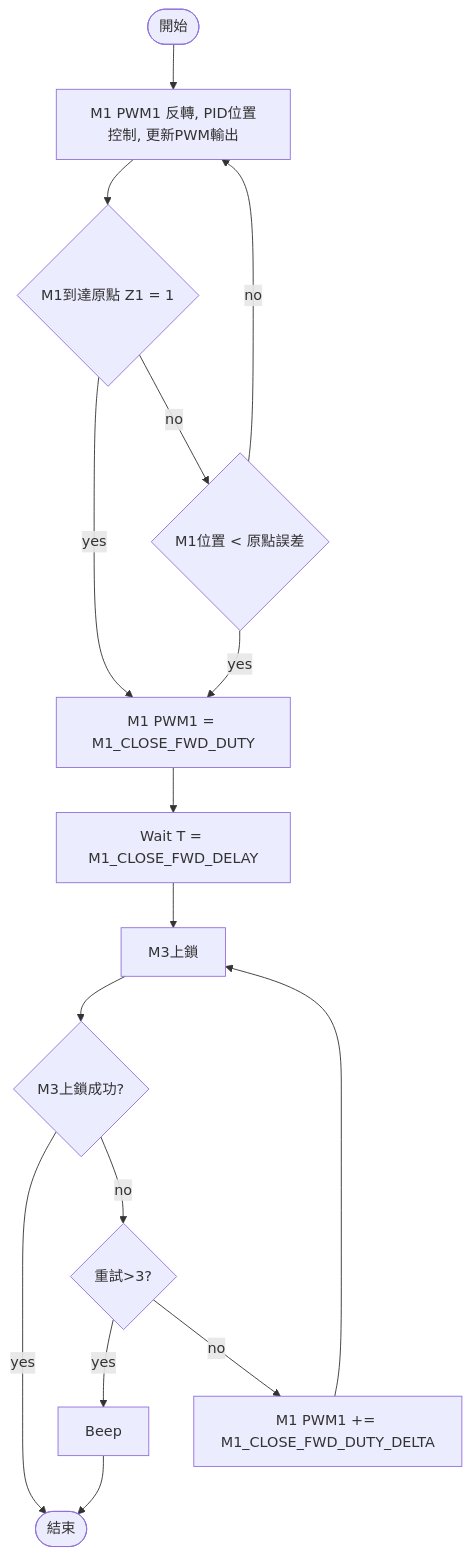
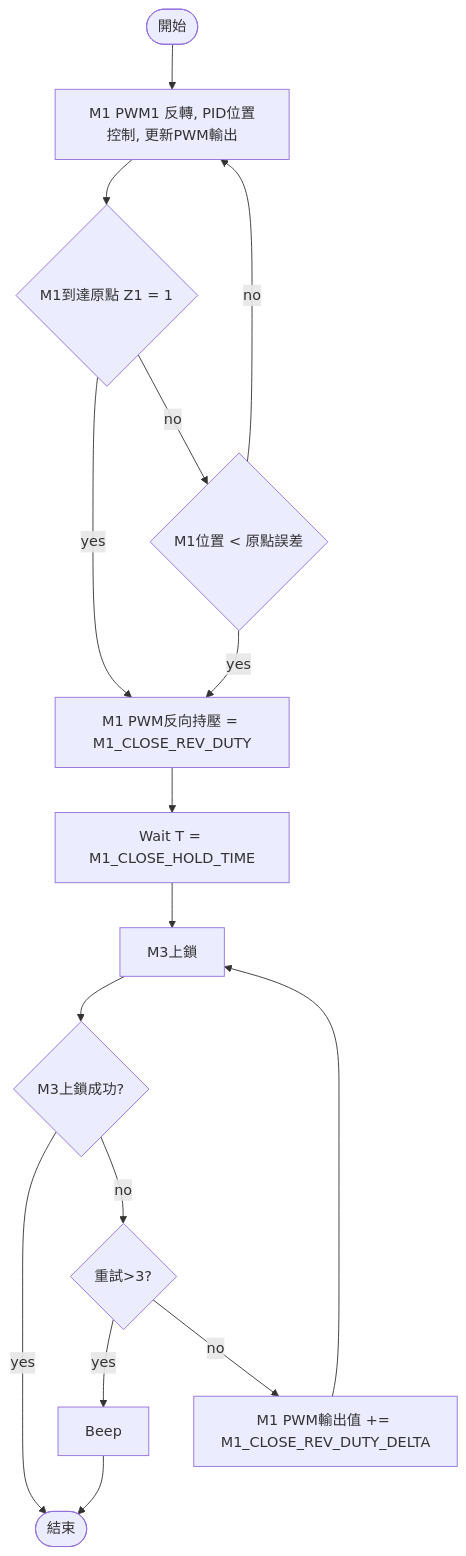
The ninth of 12 diagrams in docs/playbook_stage_00.md (haoyi-jason/DoorControllerX), drawn with Mermaid before and after one commit. The commit also changed other lines of this file and 4771 other files, not shown here.

````diff
--- a/docs/playbook_stage_00.md
+++ b/docs/playbook_stage_00.md
@@ -221,18 +221,18 @@
 ```mermaid
 flowchart TD
     st([開始]) --> op1[M1 PWM1 反轉, PID位置控制, 更新PWM輸出]
     op1 --> cd1{M1到達原點 Z1 = 1}
-    cd1 -->|yes| op5[M1 PWM1 = M1_CLOSE_FWD_DUTY]
+    cd1 -->|yes| op5[M1 PWM反向持壓 = M1_CLOSE_REV_DUTY]
     cd1 -->|no| cd2{M1位置 < 原點誤差}
     cd2 -->|yes| op5
     cd2 -->|no| op1
-    op5 --> op6[Wait T = M1_CLOSE_FWD_DELAY]
+    op5 --> op6[Wait T = M1_CLOSE_HOLD_TIME]
     op6 --> op2[M3上鎖]
     op2 --> cd3{M3上鎖成功?}
     cd3 -->|yes| e([結束])
     cd3 -->|no| cd4{重試>3?}
     cd4 -->|yes| op4[Beep]
     op4 --> e
-    cd4 -->|no| op3[M1 PWM1 += M1_CLOSE_FWD_DUTY_DELTA]
+    cd4 -->|no| op3[M1 PWM輸出值 += M1_CLOSE_REV_DUTY_DELTA]
     op3 --> op2
 ```
````
